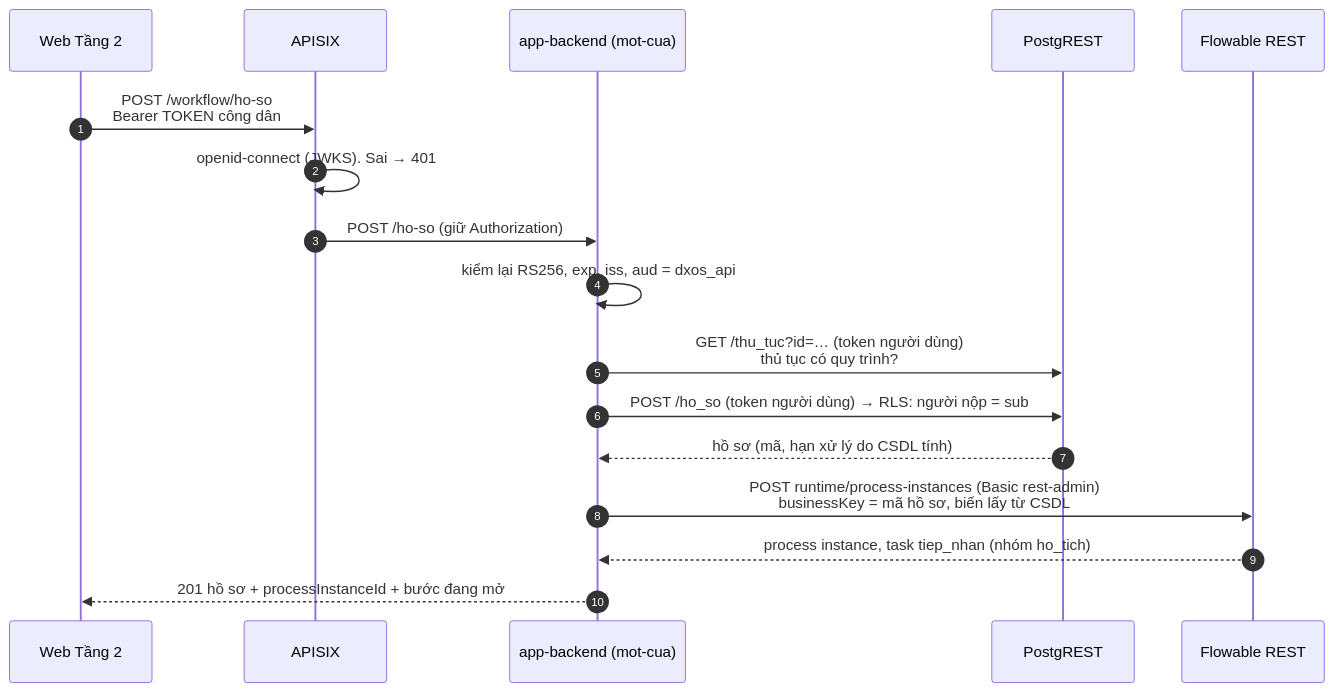
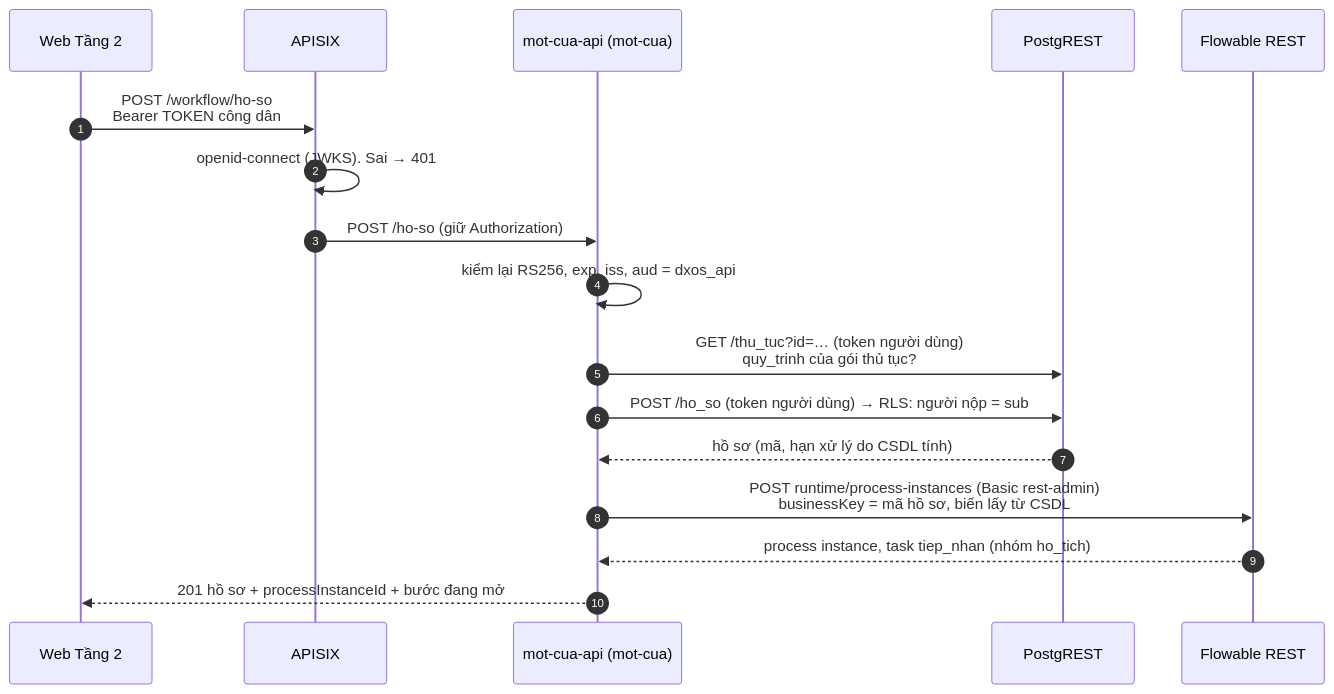
The fourth of 8 diagrams in docs/architecture.md (commune-dxos/commune-dxos), drawn with Mermaid before and after one commit. The commit also changed other lines of this file and 141 other files, not shown here.

First line of the commit message:
refactor(thu-tuc): mô hình gói thủ tục nen-tang/ + mot-cua/ + thu-tuc/ (#30)

````diff
--- a/docs/architecture.md
+++ b/docs/architecture.md
@@ -331,20 +341,20 @@
 ```mermaid
 sequenceDiagram
   autonumber
   participant App as Web Tầng 2
   participant GW as APISIX
-  participant BE as app-backend (mot-cua)
+  participant BE as mot-cua-api (mot-cua)
   participant API as PostgREST
   participant FL as Flowable REST
 
   App->>GW: POST /workflow/ho-so<br/>Bearer TOKEN công dân
   GW->>GW: openid-connect (JWKS). Sai → 401
   GW->>BE: POST /ho-so (giữ Authorization)
   BE->>BE: kiểm lại RS256, exp, iss, aud = dxos_api
-  BE->>API: GET /thu_tuc?id=… (token người dùng)<br/>thủ tục có quy trình?
+  BE->>API: GET /thu_tuc?id=… (token người dùng)<br/>quy_trinh của gói thủ tục?
   BE->>API: POST /ho_so (token người dùng) → RLS: người nộp = sub
   API-->>BE: hồ sơ (mã, hạn xử lý do CSDL tính)
   BE->>FL: POST runtime/process-instances (Basic rest-admin)<br/>businessKey = mã hồ sơ, biến lấy từ CSDL
   FL-->>BE: process instance, task tiep_nhan (nhóm ho_tich)
   BE-->>App: 201 hồ sơ + processInstanceId + bước đang mở
 ```
````
